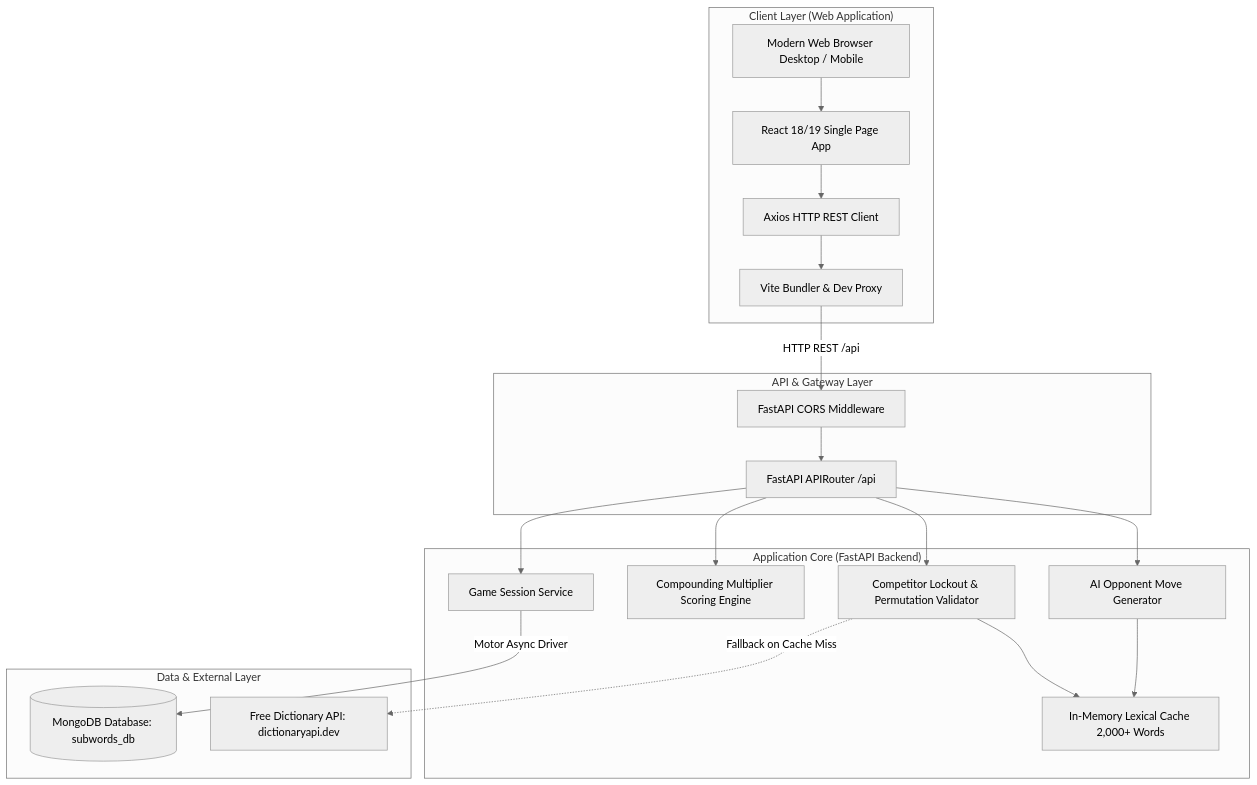
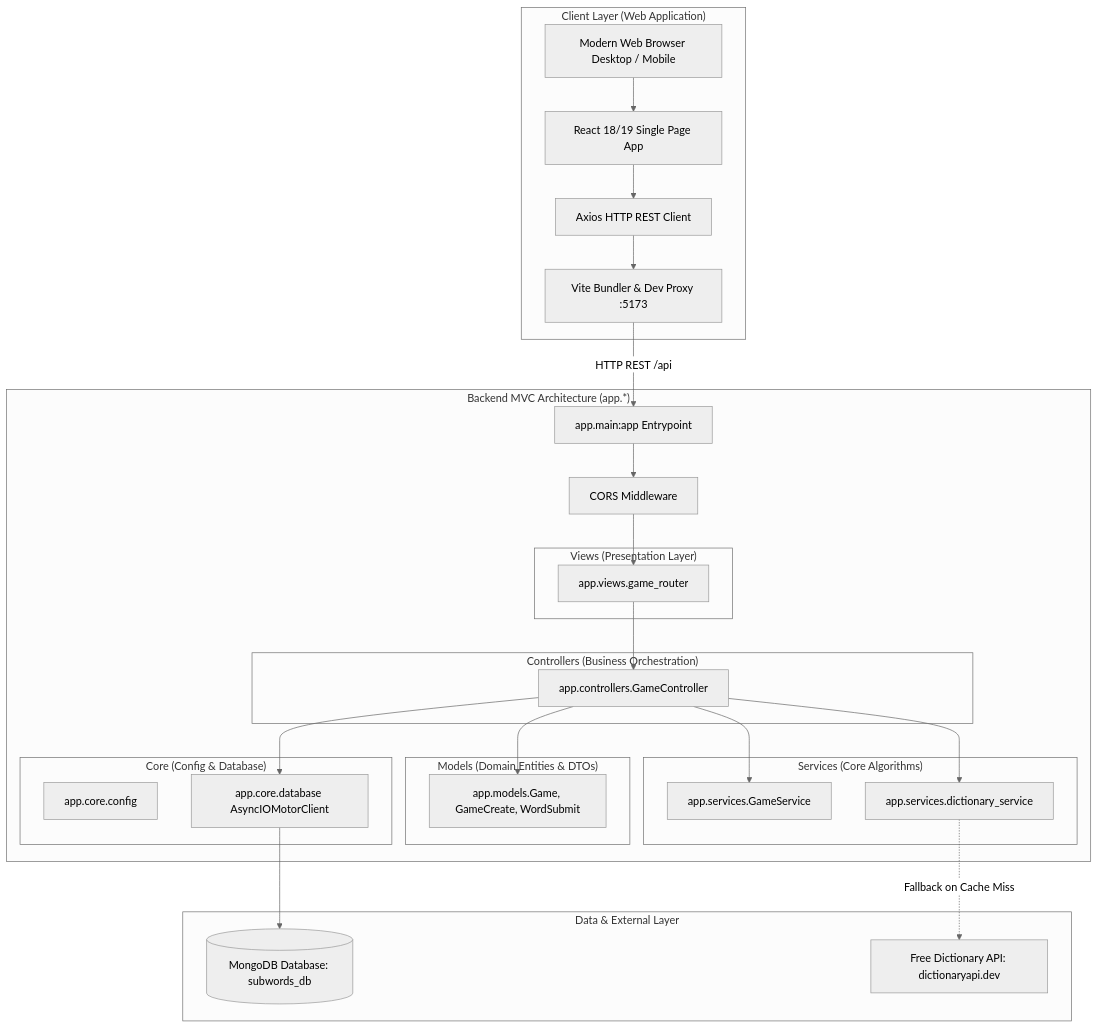
One commit to amitbora007/subwords-game changed the first of 2 diagrams in docs/ARCHITECTURE.md. Above: the diagram before and after it, drawn with Mermaid (neutral theme). The commit also changed 21 other files, not shown here.

Commit message:
refactor: restructure backend into MVC layout, fix uvicorn app.main import and AI player turn flow

````diff
--- a/docs/ARCHITECTURE.md
+++ b/docs/ARCHITECTURE.md
@@ -18,44 +18,56 @@
 ```mermaid
 graph TB
     subgraph "Client Layer (Web Application)"
         Browser[Modern Web Browser Desktop / Mobile]
         ReactApp[React 18/19 Single Page App]
-        ViteDev[Vite Bundler & Dev Proxy]
+        ViteDev[Vite Bundler & Dev Proxy :5173]
         AxiosClient[Axios HTTP REST Client]
 
         Browser --> ReactApp
         ReactApp --> AxiosClient
         AxiosClient --> ViteDev
     end
 
-    subgraph "API & Gateway Layer"
-        CORS[FastAPI CORS Middleware]
-        APIRouter[FastAPI APIRouter /api]
-    end
+    subgraph "Backend MVC Architecture (app.*)"
+        Main[app.main:app Entrypoint]
+        CORS[CORS Middleware]
+        
+        subgraph "Views (Presentation Layer)"
+            GameRouter[app.views.game_router]
+        end
 
-    subgraph "Application Core (FastAPI Backend)"
-        GameService[Game Session Service]
-        ScoreEngine[Compounding Multiplier Scoring Engine]
-        LockoutValidator[Competitor Lockout & Permutation Validator]
-        AIEngine[AI Opponent Move Generator]
-        LocalDict[In-Memory Lexical Cache 2,000+ Words]
+        subgraph "Controllers (Business Orchestration)"
+            GameController[app.controllers.GameController]
+        end
+
+        subgraph "Models (Domain Entities & DTOs)"
+            GameModels[app.models.Game, GameCreate, WordSubmit]
+        end
+
+        subgraph "Services (Core Algorithms)"
+            GameService[app.services.GameService]
+            DictService[app.services.dictionary_service]
+        end
+
+        subgraph "Core (Config & Database)"
+            Config[app.core.config]
+            Database[app.core.database AsyncIOMotorClient]
+        end
     end
 
     subgraph "Data & External Layer"
         MongoDB[(MongoDB Database: subwords_db)]
         DictAPI[Free Dictionary API: dictionaryapi.dev]
     end
 
-    ViteDev -->|HTTP REST /api| CORS
-    CORS --> APIRouter
-    APIRouter --> GameService
-    APIRouter --> ScoreEngine
-    APIRouter --> LockoutValidator
-    APIRouter --> AIEngine
-
-    LockoutValidator --> LocalDict
-    LockoutValidator -.->|Fallback on Cache Miss| DictAPI
-
-    AIEngine --> LocalDict
-    GameService -->|Motor Async Driver| MongoDB
+    ViteDev -->|HTTP REST /api| Main
+    Main --> CORS
+    CORS --> GameRouter
+    GameRouter --> GameController
+    GameController --> GameModels
+    GameController --> GameService
+    GameController --> DictService
+    GameController --> Database
+    Database --> MongoDB
+    DictService -.->|Fallback on Cache Miss| DictAPI
 ```
````
